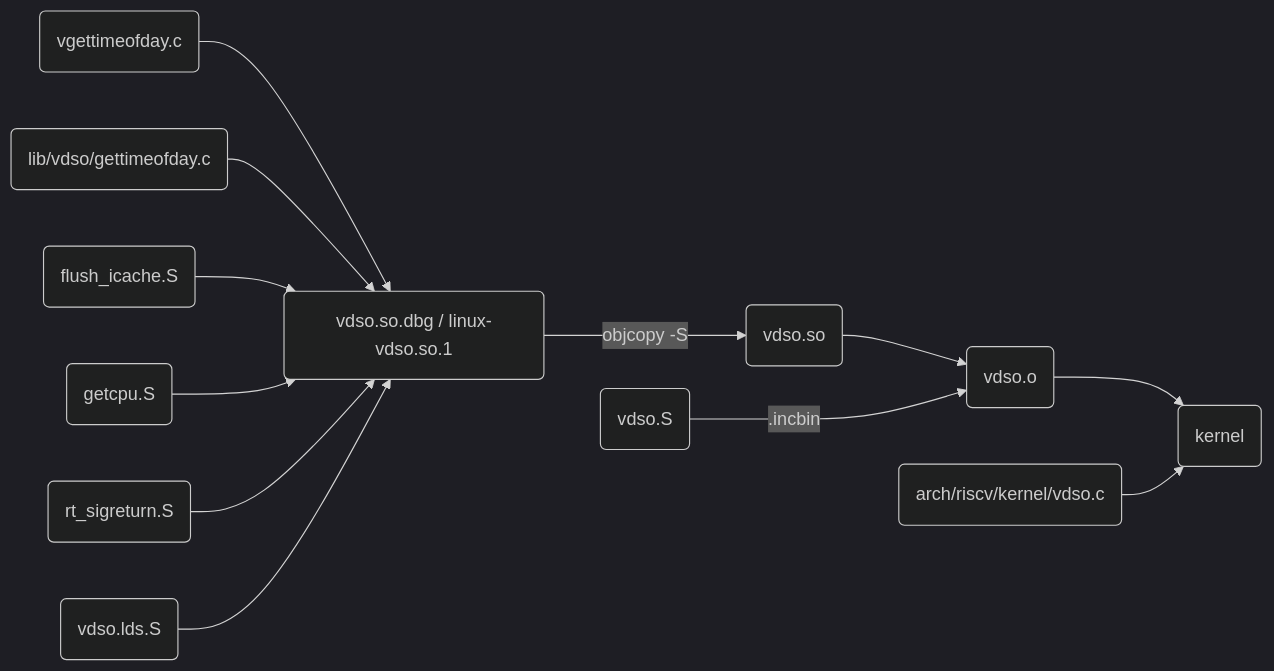
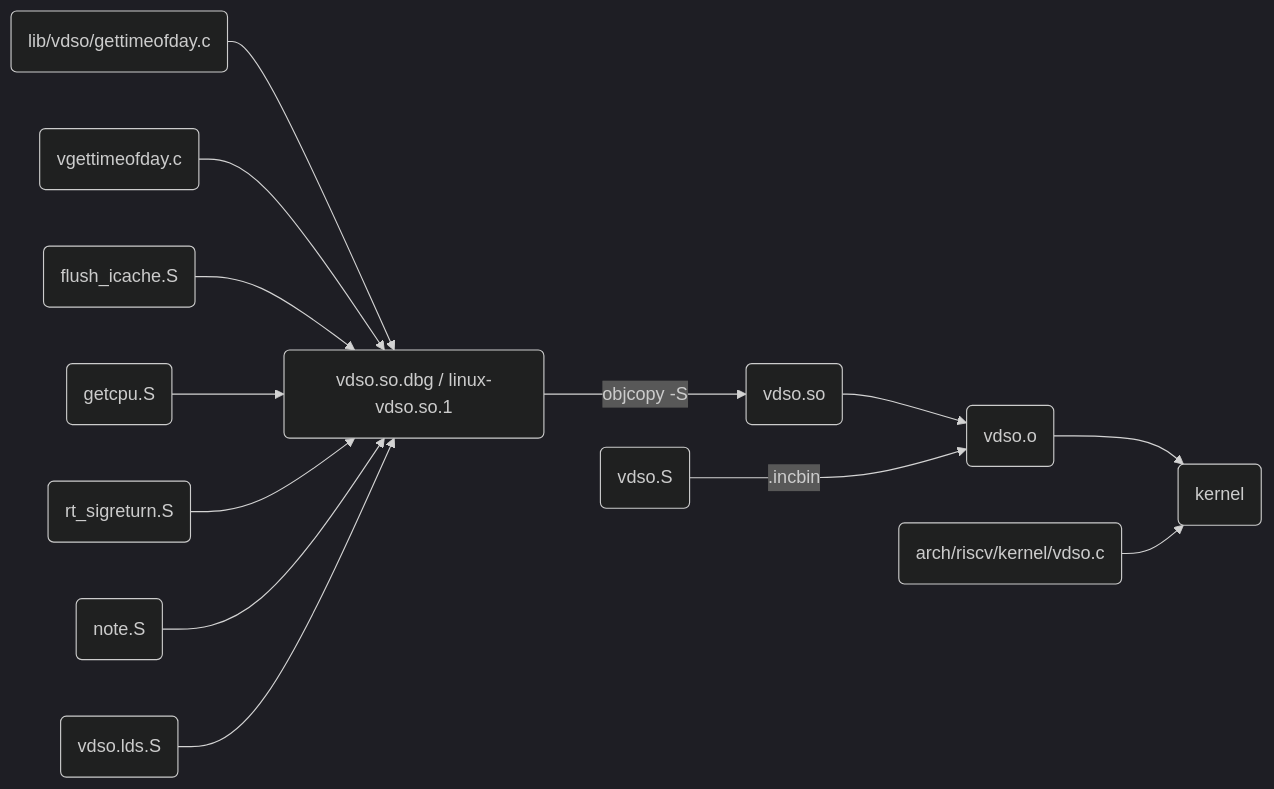
Before and after one commit to envestcc/starter-hugo-academic: the diagram in content/post/RISC-V_vdso_2/index.md, drawn with Mermaid (dark theme). The commit also changed other lines of this file and 2 other files, not shown here.

Commit message:
update vdso

````diff
--- a/content/post/RISC-V_vdso_2/index.md
+++ b/content/post/RISC-V_vdso_2/index.md
@@ -303,14 +69,15 @@
 ```mermaid
 flowchart LR;
+    J(lib/vdso/gettimeofday.c)-->F;
     A(vgettimeofday.c)-->F(vdso.so.dbg / linux-vdso.so.1);
-    J(lib/vdso/gettimeofday.c)-->F;
     B(flush_icache.S)-->F;
     C(getcpu.S)-->F;
     D(rt_sigreturn.S)-->F;
+    M(note.S)-->F;
     E(vdso.lds.S)-->F;
     F-- objcopy -S --->G(vdso.so)
     G-->H(vdso.o)
     I(vdso.S)-- .incbin --->H
     H-->K(kernel)
     L(arch/riscv/kernel/vdso.c)-->K
 ```
````
